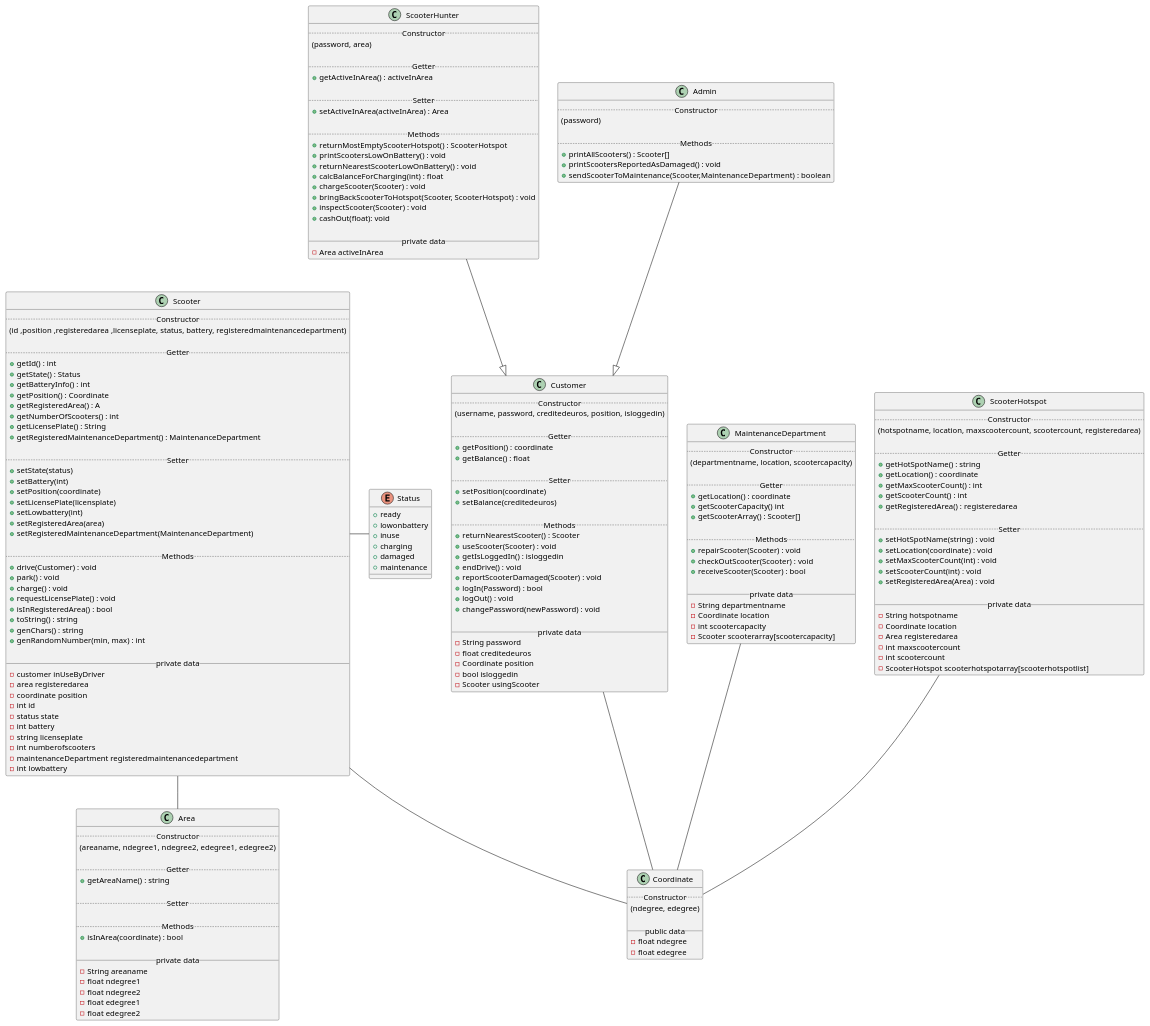
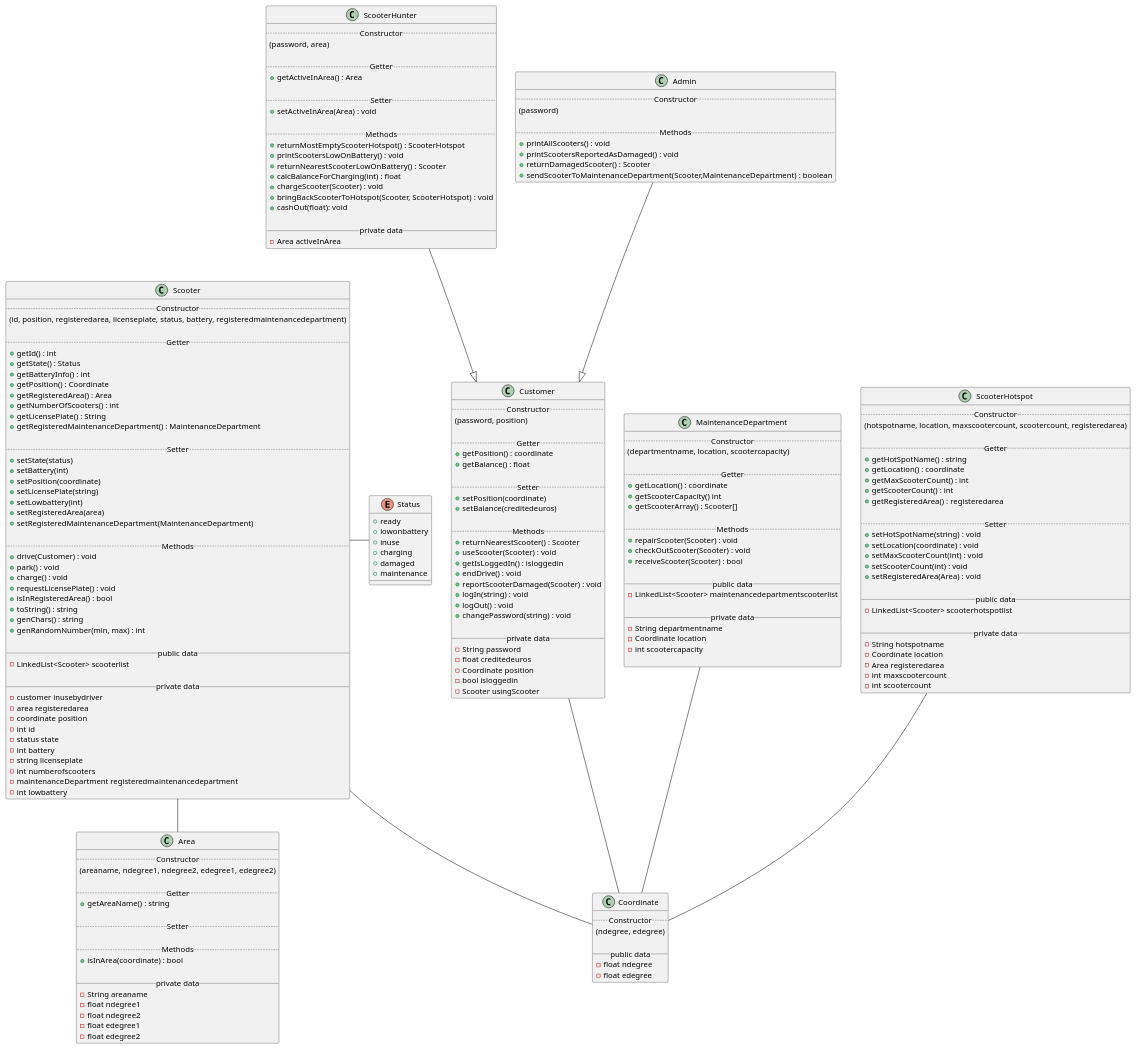
Before and after one commit to fh-erfurt/Scooter-MS: the diagram in assets/umldiagram.puml, drawn with PlantUML. The commit also changed 2 other files, not shown here.

Commit message:
Made some small improvements regarding to Java and UML

```diff
--- a/assets/umldiagram.puml
+++ b/assets/umldiagram.puml
@@ -5,14 +5,14 @@
 
 class Scooter {
   .. Constructor ..
-  (id ,position ,registeredarea ,licenseplate, status, battery, registeredmaintenancedepartment)
+  (id, position, registeredarea, licenseplate, status, battery, registeredmaintenancedepartment)
 
   .. Getter ..
   + getId() : int
   + getState() : Status
   + getBatteryInfo() : int
   + getPosition() : Coordinate
-  + getRegisteredArea() : A
+  + getRegisteredArea() : Area
   + getNumberOfScooters() : int
   + getLicensePlate() : String
   + getRegisteredMaintenanceDepartment() : MaintenanceDepartment
@@ -21,7 +21,7 @@
   + setState(status)
   + setBattery(int)
   + setPosition(coordinate)
-  + setLicensePlate(licensplate)
+  + setLicensePlate(string)
   + setLowbattery(int)
   + setRegisteredArea(area)
   + setRegisteredMaintenanceDepartment(MaintenanceDepartment)
@@ -36,8 +36,11 @@
   + genChars() : string
   + genRandomNumber(min, max) : int
 
+  __ public data __
+  -LinkedList<Scooter> scooterlist
+
   __ private data __
-  - customer inUseByDriver
+  - customer inusebydriver
   - area registeredarea
   - coordinate position
   - int id
@@ -80,7 +83,7 @@
 
 class Customer {
   .. Constructor ..
-  (username, password, creditedeuros, position, isloggedin)
+  (password, position)
 
   .. Getter ..
   + getPosition() : coordinate
@@ -96,9 +99,9 @@
   + getIsLoggedIn() : isloggedin
   + endDrive() : void
   + reportScooterDamaged(Scooter) : void
-  + logIn(Password) : bool
+  + logIn(string) : void
   + logOut() : void
-  + changePassword(newPassword) : void
+  + changePassword(string) : void
 
   __ private data __
   -String password
@@ -113,19 +116,18 @@
   (password, area)
 
   .. Getter ..
-  + getActiveInArea() : activeInArea
+  + getActiveInArea() : Area
 
   .. Setter ..
-  + setActiveInArea(activeInArea) : Area
+  + setActiveInArea(Area) : void
 
   .. Methods ..
   + returnMostEmptyScooterHotspot() : ScooterHotspot
   + printScootersLowOnBattery() : void
-  + returnNearestScooterLowOnBattery() : void
+  + returnNearestScooterLowOnBattery() : Scooter
   + calcBalanceForCharging(int) : float
   + chargeScooter(Scooter) : void
   + bringBackScooterToHotspot(Scooter, ScooterHotspot) : void
-  + inspectScooter(Scooter) : void
   + cashOut(float): void
 
   __ private data __
@@ -137,9 +139,10 @@
   (password)
 
   .. Methods ..
-  + printAllScooters() : Scooter[]
+  + printAllScooters() : void
   + printScootersReportedAsDamaged() : void
-  + sendScooterToMaintenance(Scooter,MaintenanceDepartment) : boolean
+  + returnDamagedScooter() : Scooter
+  + sendScooterToMaintenanceDepartment(Scooter,MaintenanceDepartment) : boolean
 }
 
 class MaintenanceDepartment {
@@ -156,11 +159,14 @@
   + checkOutScooter(Scooter) : void
   + receiveScooter(Scooter) : bool
 
+  __ public data __
+  -LinkedList<Scooter> maintenancedepartmentscooterlist
+
   __ private data __
   -String departmentname
   -Coordinate location
   -int scootercapacity
-  -Scooter scooterarray[scootercapacity]
+
 }
 
 class ScooterHotspot {
@@ -181,13 +187,15 @@
   + setScooterCount(int) : void
   + setRegisteredArea(Area) : void
 
+  __ public data __
+  -LinkedList<Scooter> scooterhotspotlist
+
   __ private data __
   -String hotspotname
   -Coordinate location
   -Area registeredarea
   -int maxscootercount
   -int scootercount
-  -ScooterHotspot scooterhotspotarray[scooterhotspotlist]
 }
 
 enum Status {
```
